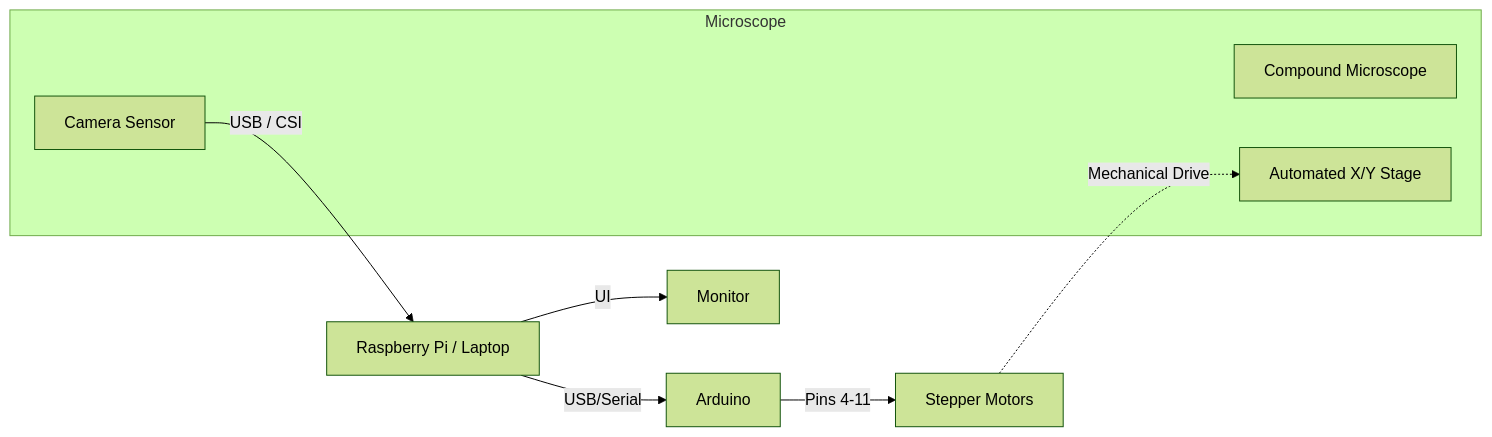
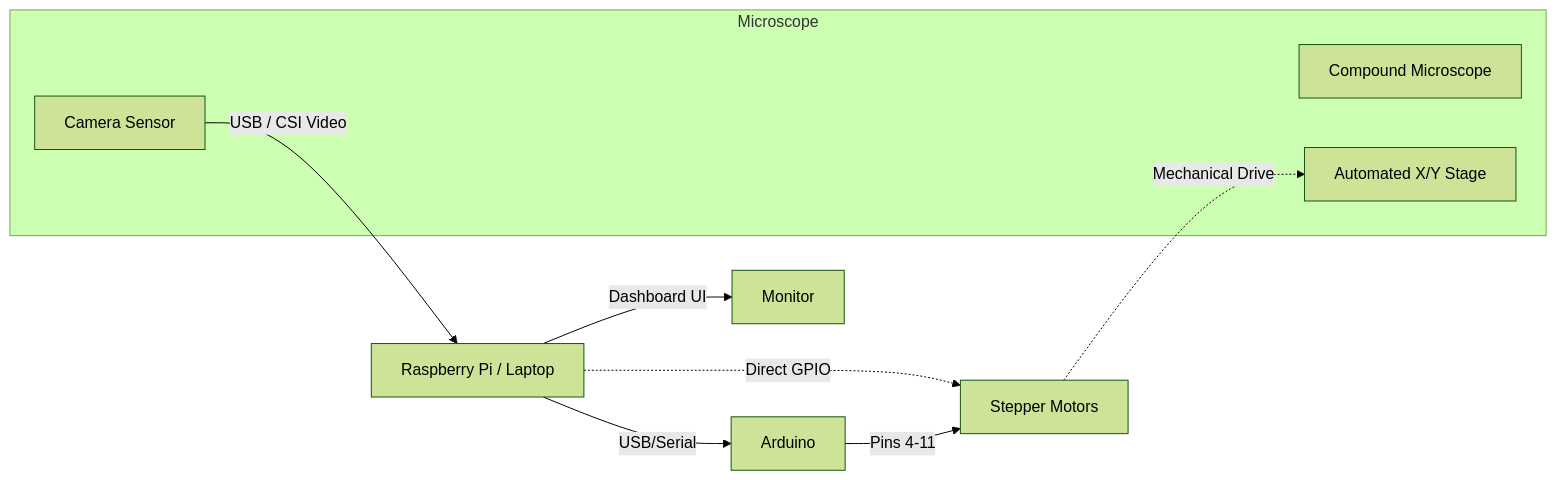
The second of 4 diagrams in README.md (mcggEz/microview-ai), drawn with Mermaid (forest theme) before and after one commit. The commit also changed other lines of this file, not shown here.

Commit message:
docs: update system architecture diagrams in README

````diff
--- a/README.md
+++ b/README.md
@@ -65,16 +67,17 @@
 ```mermaid
 flowchart LR
   subgraph Microscope
     SCOPE[Compound Microscope]
     STAGE[Automated X/Y Stage]
     SENSOR[Camera Sensor]
   end
 
-  SENSOR -->|USB / CSI| RPI[Raspberry Pi / Laptop]
+  SENSOR -->|USB / CSI Video| RPI[Raspberry Pi / Laptop]
 
   RPI -->|USB/Serial| ARD[Arduino]
-  ARD -->|Pins 4-11| STEP[Stepper Motors]
+  RPI -.->|Direct GPIO| STEP[Stepper Motors]
+  ARD -->|Pins 4-11| STEP
   STEP -.->|Mechanical Drive| STAGE
 
-  RPI -->|UI| MON[Monitor]
+  RPI -->|Dashboard UI| MON[Monitor]
 ```
````
